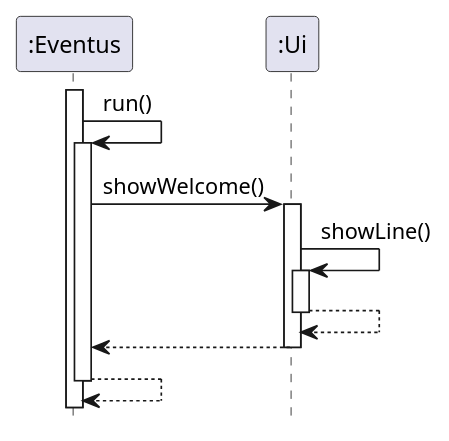
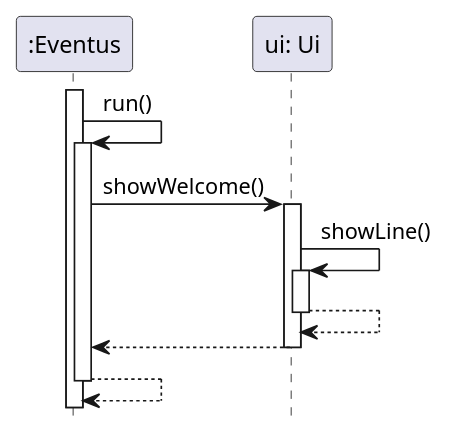
The diagram in docs/UML/Ui.puml (nus-cs2113-AY2223S2/tp), drawn with PlantUML before and after one commit. The commit also changed 3 other files, not shown here.

```diff
--- a/docs/UML/Ui.puml
+++ b/docs/UML/Ui.puml
@@ -1,31 +1,31 @@
 @startuml
 'https://plantuml.com/sequence-diagram
 
 hide footbox
 
 
 
 activate ":Eventus"
 ":Eventus" -> ":Eventus" : run()
 activate ":Eventus"
 
-":Eventus" -> ":Ui" : showWelcome()
+":Eventus" -> "ui: Ui" : showWelcome()
 
-activate ":Ui"
+activate "ui: Ui"
 
-    ":Ui" -> ":Ui": showLine()
-    activate ":Ui"
+    "ui: Ui" -> "ui: Ui": showLine()
+    activate "ui: Ui"
 
-    ":Ui" --> ":Ui":
-    deactivate ":Ui"
+    "ui: Ui" --> "ui: Ui":
+    deactivate "ui: Ui"
 
-    ":Eventus" <-- ":Ui"
+    ":Eventus" <-- "ui: Ui"
 
-deactivate ":Ui"
+deactivate "ui: Ui"
 
 ":Eventus" --> ":Eventus"
 
 deactivate ":Eventus"
 
 
 @enduml
```
